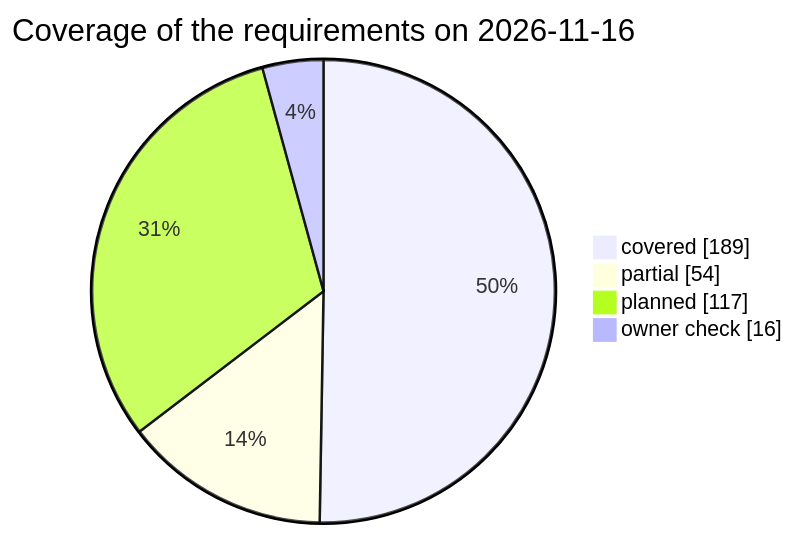
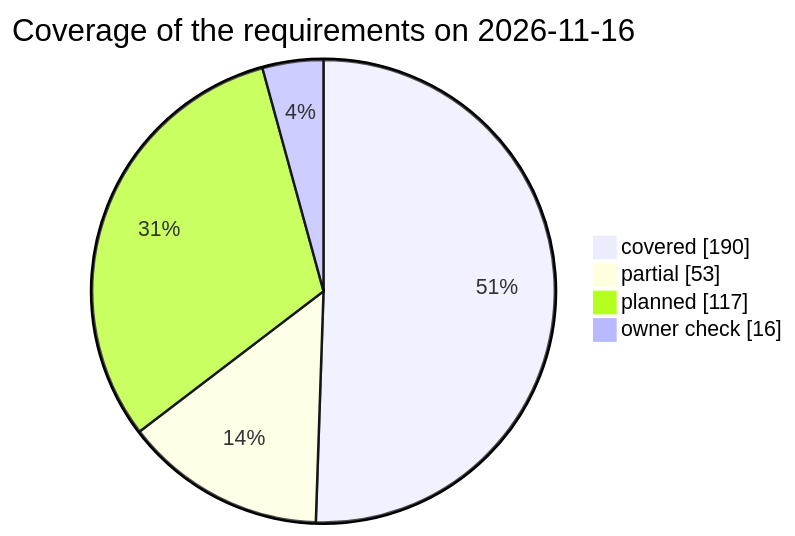
One commit to qa-io-vn/fnb-manager changed the third of 3 diagrams in docs/test-plan.md. Above: the diagram before and after it, drawn with Mermaid. The commit also changed other lines of this file and 34 other files, not shown here.

````diff
--- a/docs/test-plan.md
+++ b/docs/test-plan.md
@@ -879,8 +880,8 @@
 ```mermaid
 pie showData
     title Coverage of the requirements on 2026-11-16
-    "covered" : 189
-    "partial" : 54
+    "covered" : 190
+    "partial" : 53
     "planned" : 117
     "owner check" : 16
 ```
````
